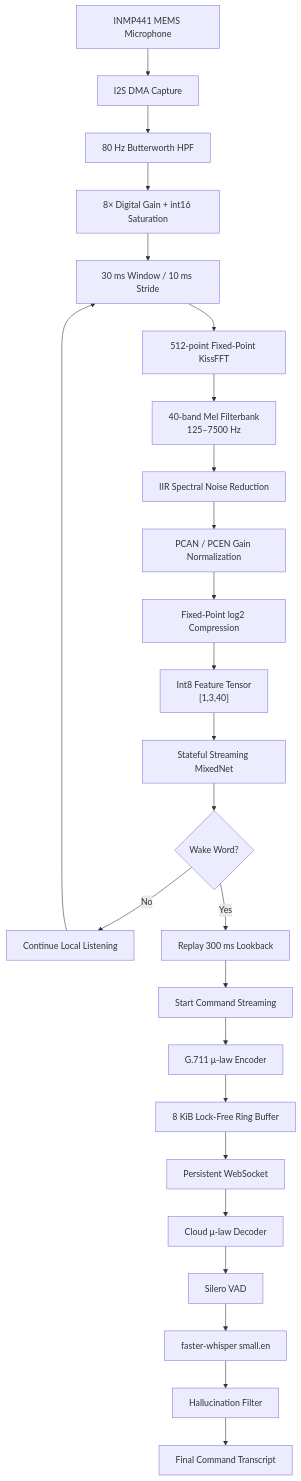
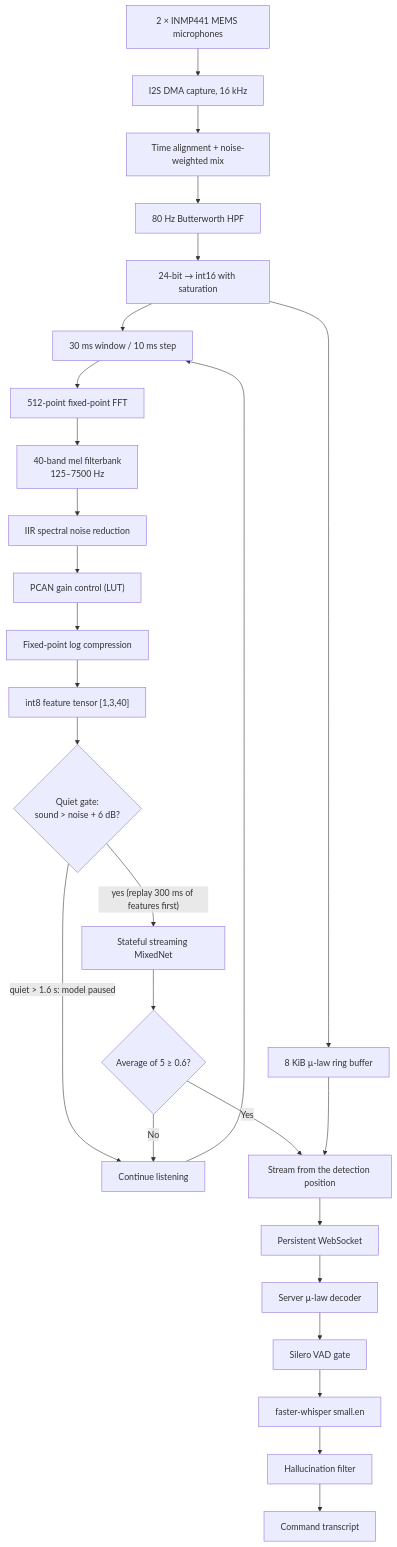
Before and after one commit to Raj24-dev/Kws: the second of 12 diagrams in README.md, drawn with Mermaid. The commit also changed other lines of this file and 211 other files, not shown here.

````diff
--- a/README.md
+++ b/README.md
@@ -191,55 +172,40 @@
 ```mermaid
 flowchart TD
 
-    A["INMP441 MEMS Microphone"]
-    B["I2S DMA Capture"]
+    A["2 × INMP441 MEMS microphones"]
+    B["I2S DMA capture, 16 kHz"]
+    B2["Time alignment + noise-weighted mix"]
     C["80 Hz Butterworth HPF"]
-    D["8× Digital Gain + int16 Saturation"]
-    E["30 ms Window / 10 ms Stride"]
-    F["512-point Fixed-Point KissFFT"]
-    G["40-band Mel Filterbank<br/>125–7500 Hz"]
-    H["IIR Spectral Noise Reduction"]
-    I["PCAN / PCEN Gain Normalization"]
-    J["Fixed-Point log2 Compression"]
-    K["Int8 Feature Tensor<br/>[1,3,40]"]
-    L["Stateful Streaming MixedNet"]
-    M{"Wake Word?"}
-    N["Continue Local Listening"]
-    O["Replay 300 ms Lookback"]
-    P["Start Command Streaming"]
-    Q["G.711 μ-law Encoder"]
-    R["8 KiB Lock-Free Ring Buffer"]
+    D["24-bit → int16 with saturation"]
+    E["30 ms window / 10 ms step"]
+    F["512-point fixed-point FFT"]
+    G["40-band mel filterbank<br/>125–7500 Hz"]
+    H["IIR spectral noise reduction"]
+    I["PCAN gain control (LUT)"]
+    J["Fixed-point log compression"]
+    K["int8 feature tensor [1,3,40]"]
+    Q0{"Quiet gate:<br/>sound > noise + 6 dB?"}
+    L["Stateful streaming MixedNet"]
+    M{"Average of 5 ≥ 0.6?"}
+    N["Continue listening"]
+    R["8 KiB µ-law ring buffer"]
+    P["Stream from the detection position"]
     S["Persistent WebSocket"]
-    T["Cloud μ-law Decoder"]
-    U["Silero VAD"]
+    T["Server µ-law decoder"]
+    U["Silero VAD gate"]
     V["faster-whisper small.en"]
-    W["Hallucination Filter"]
-    X["Final Command Transcript"]
+    W["Hallucination filter"]
+    X["Command transcript"]
 
-    A --> B
-    B --> C
-    C --> D
-    D --> E
-    E --> F
-    F --> G
-    G --> H
-    H --> I
-    I --> J
-    J --> K
-    K --> L
+    A --> B --> B2 --> C --> D
+    D --> E --> F --> G --> H --> I --> J --> K --> Q0
+    D --> R
+    Q0 -->|"yes (replay 300 ms of features first)"| L
+    Q0 -->|"quiet > 1.6 s: model paused"| N
     L --> M
-
     M -->|No| N
     N --> E
-
-    M -->|Yes| O
-    O --> P
-    P --> Q
-    Q --> R
-    R --> S
-    S --> T
-    T --> U
-    U --> V
-    V --> W
-    W --> X
+    M -->|Yes| P
+    R --> P
+    P --> S --> T --> U --> V --> W --> X
 ```
````
